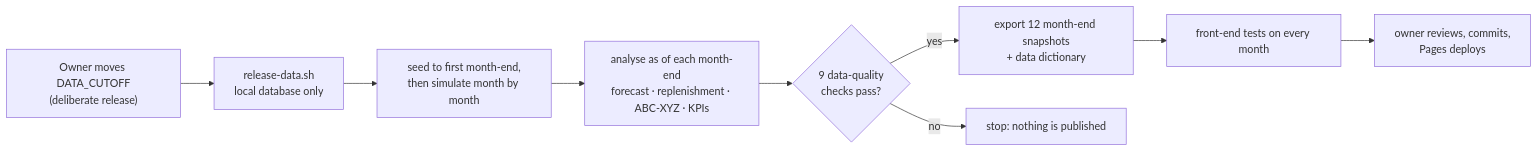
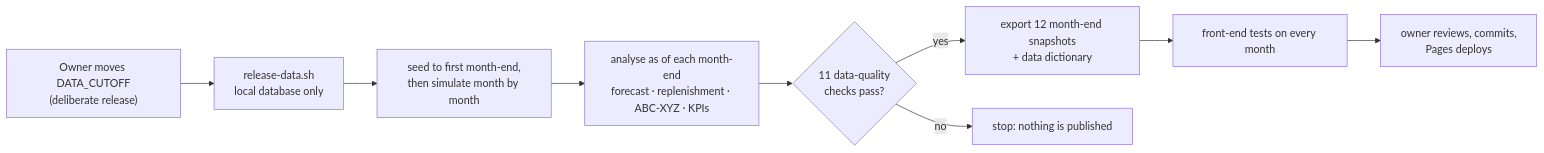
One commit to avixd/retail-inventory-app changed the third of 3 diagrams in docs/backend/high-level-design.md. Above: the diagram before and after it, drawn with Mermaid. The commit also changed other lines of this file and 216 other files, not shown here.

````diff
--- a/docs/backend/high-level-design.md
+++ b/docs/backend/high-level-design.md
@@ -173,11 +177,11 @@
 ```mermaid
 flowchart LR
     C["Owner moves DATA_CUTOFF<br/>(deliberate release)"] --> B["release-data.sh<br/>local database only"]
     B --> S["seed to first month-end,<br/>then simulate month by month"]
     S --> A["analyse as of each month-end<br/>forecast · replenishment · ABC-XYZ · KPIs"]
-    A --> Q{"9 data-quality<br/>checks pass?"}
+    A --> Q{"11 data-quality<br/>checks pass?"}
     Q -->|yes| E["export 12 month-end snapshots<br/>+ data dictionary"]
     E --> T["front-end tests on every month"]
     T --> R["owner reviews, commits,<br/>Pages deploys"]
     Q -->|no| X["stop: nothing is published"]
 ```
````
